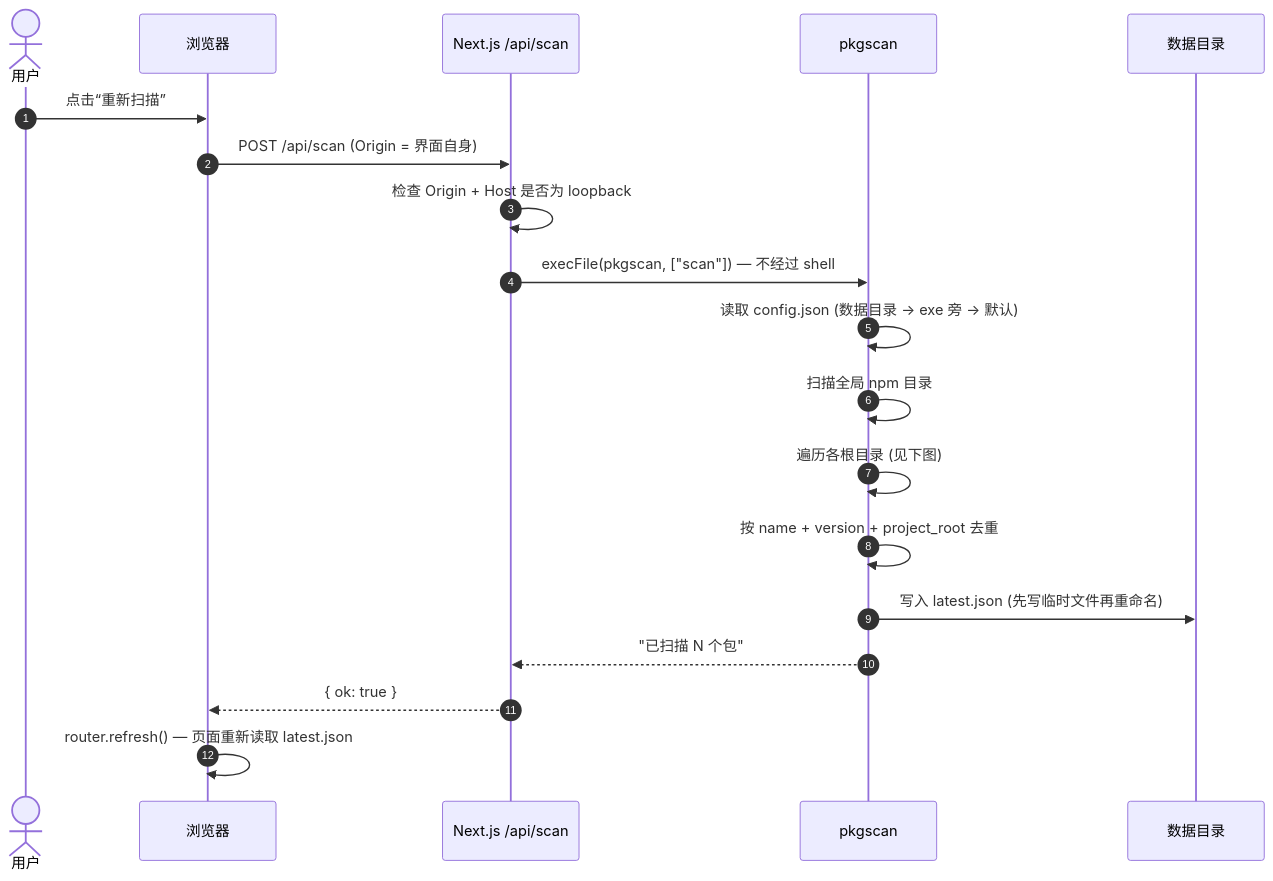
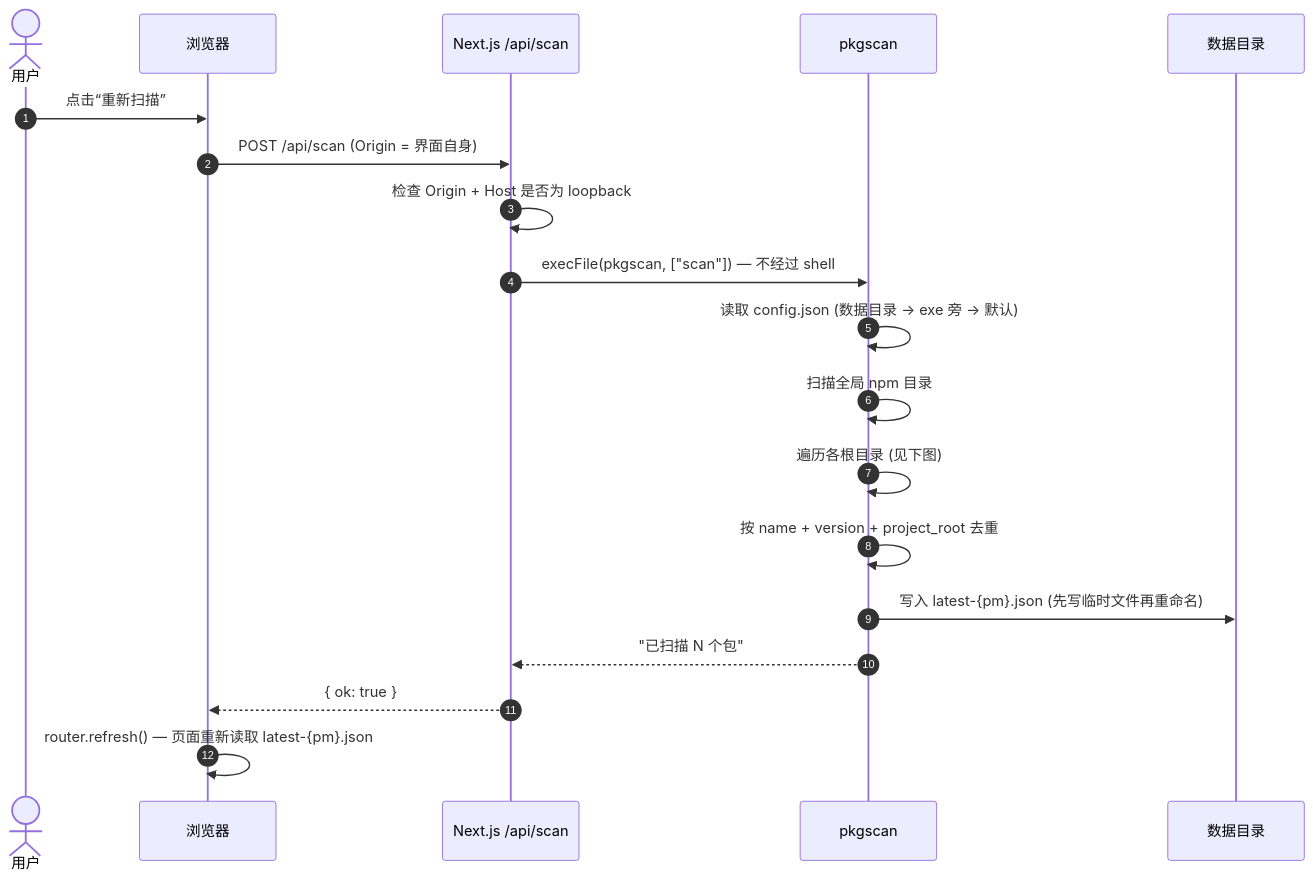
One commit to phanhuyyy/libpack-guard changed the second of 12 diagrams in docs/zh-CN/workflows.md. Above: the diagram before and after it, drawn with Mermaid. The commit also changed other lines of this file and 50 other files, not shown here.

````diff
--- a/docs/zh-CN/workflows.md
+++ b/docs/zh-CN/workflows.md
@@ -38,22 +38,22 @@
 ```mermaid
 sequenceDiagram
     autonumber
     actor U as 用户
     participant B as 浏览器
     participant S as Next.js /api/scan
     participant A as pkgscan
     participant D as 数据目录
 
     U->>B: 点击“重新扫描”
     B->>S: POST /api/scan (Origin = 界面自身)
     S->>S: 检查 Origin + Host 是否为 loopback
     S->>A: execFile(pkgscan, ["scan"]) — 不经过 shell
     A->>A: 读取 config.json (数据目录 → exe 旁 → 默认)
     A->>A: 扫描全局 npm 目录
     A->>A: 遍历各根目录 (见下图)
     A->>A: 按 name + version + project_root 去重
-    A->>D: 写入 latest.json (先写临时文件再重命名)
+    A->>D: 写入 latest-{pm}.json (先写临时文件再重命名)
     A-->>S: "已扫描 N 个包"
     S-->>B: { ok: true }
-    B->>B: router.refresh() — 页面重新读取 latest.json
+    B->>B: router.refresh() — 页面重新读取 latest-{pm}.json
 ```
````
